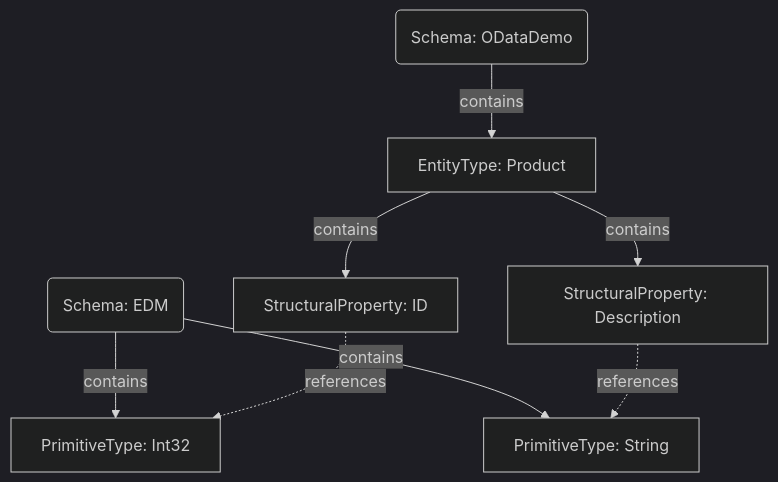
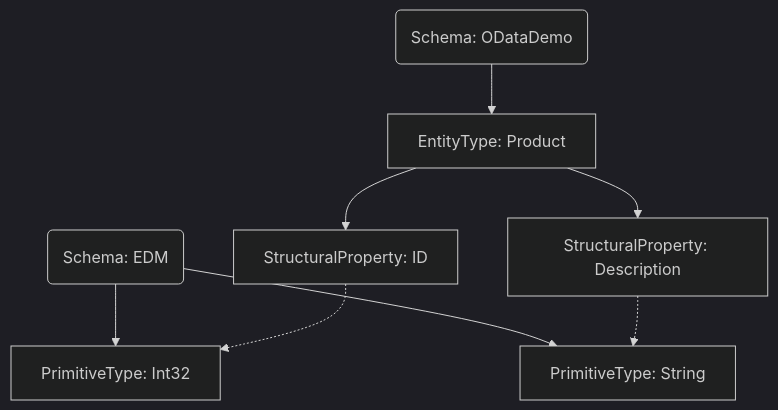
The diagram in src/generated/model.md (xtofs/mml), drawn with Mermaid (dark theme) before and after one commit. The commit also changed 11 other files, not shown here.

````diff
--- a/src/generated/model.md
+++ b/src/generated/model.md
@@ -1,18 +1,18 @@
 ```mermaid
     graph
 
     n0("Schema: EDM")
     n1["PrimitiveType: String"]
     n2["PrimitiveType: Int32"]
     n3("Schema: ODataDemo")
     n4["EntityType: Product"]
     n5["StructuralProperty: ID"]
     n6["StructuralProperty: Description"]
-    n0--contains-->n1
-    n0--contains-->n2
-    n3--contains-->n4
-    n4--contains-->n5
-    n4--contains-->n6
-    n5-.references.->n2
-    n6-.references.->n1
+    n0-->n1
+    n0-->n2
+    n3-->n4
+    n4-->n5
+    n4-->n6
+    n5-.->n2
+    n6-.->n1
 ```
````
